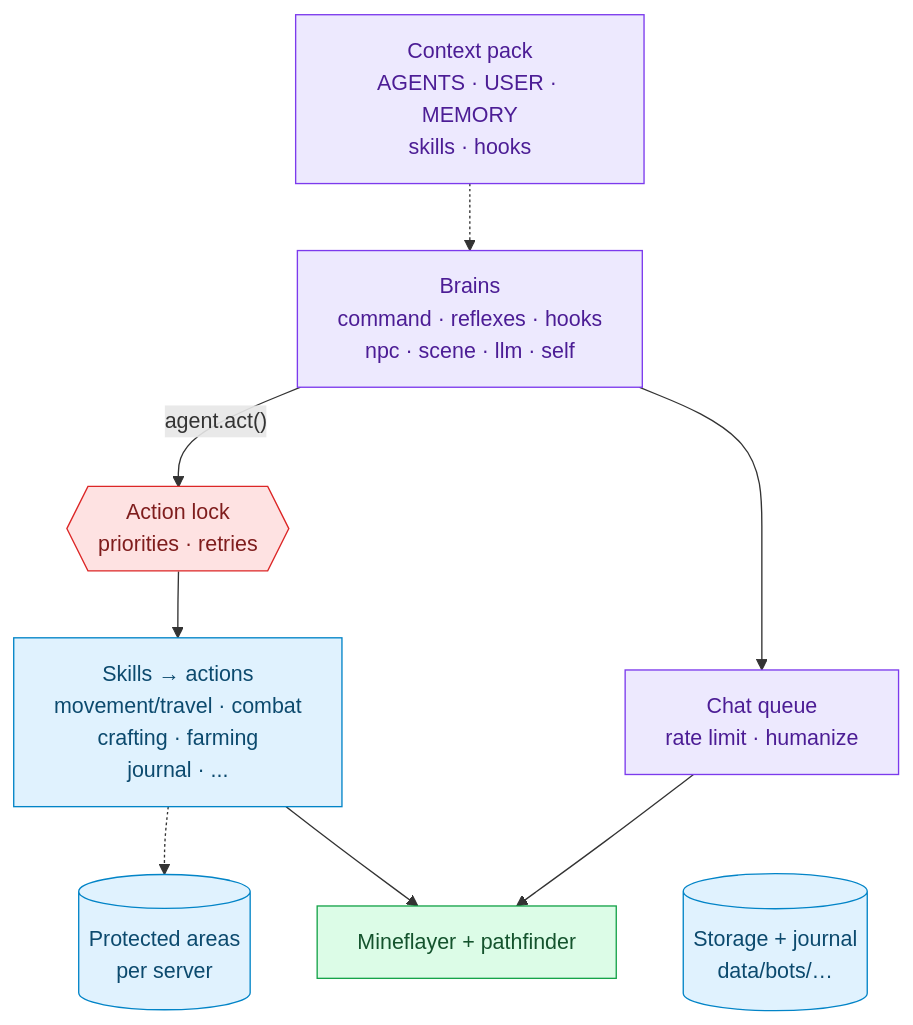
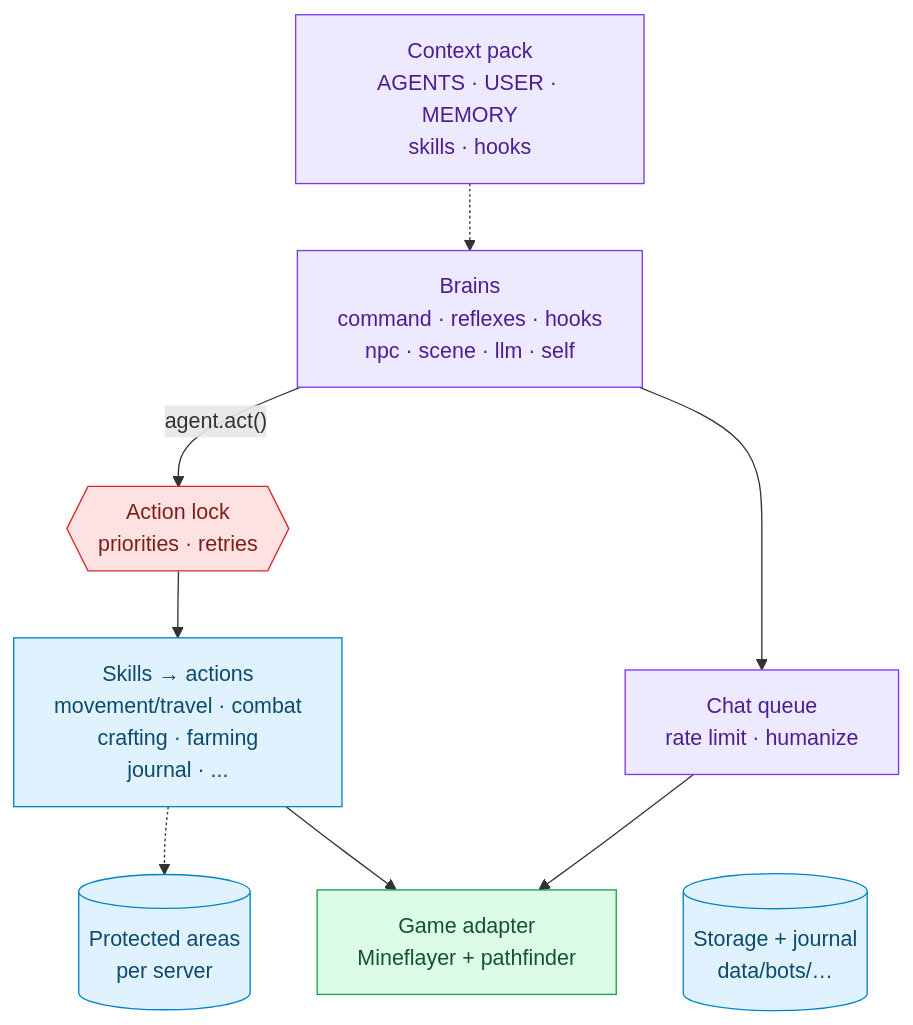
The second of 4 diagrams in docs/concepts/architecture.md (thereisnotime/golemkit), drawn with Mermaid before and after one commit. The commit also changed other lines of this file and 8 other files, not shown here.

First line of the commit message:
Docs for the adapter split: adapters page, scope counts, architecture, roadmap

````diff
--- a/docs/concepts/architecture.md
+++ b/docs/concepts/architecture.md
@@ -46,23 +47,23 @@
 ```mermaid
 flowchart TB
   CTX["Context pack<br/>AGENTS · USER · MEMORY<br/>skills · hooks"]
   CTX -.-> BR["Brains<br/>command · reflexes · hooks<br/>npc · scene · llm · self"]
   BR -->|"agent.act()"| LOCK{{"Action lock<br/>priorities · retries"}}
   BR --> CHAT["Chat queue<br/>rate limit · humanize"]
   LOCK --> SK["Skills → actions<br/>movement/travel · combat<br/>crafting · farming<br/>journal · ..."]
   SK -.-> PA[("Protected areas<br/>per server")]
   ST[("Storage + journal<br/>data/bots/…")]
   CHAT ~~~ ST
-  SK --> MF["Mineflayer + pathfinder"]
+  SK --> MF["Game adapter<br/>Mineflayer + pathfinder"]
   CHAT --> MF
   classDef run fill:#f1f5f9,stroke:#475569,color:#0f172a
   classDef brain fill:#ede9fe,stroke:#7c3aed,color:#4c1d95
   classDef lock fill:#fee2e2,stroke:#dc2626,color:#7f1d1d
   classDef skill fill:#e0f2fe,stroke:#0284c7,color:#0c4a6e
   classDef lib fill:#dcfce7,stroke:#16a34a,color:#14532d
   classDef ext fill:#fef3c7,stroke:#d97706,color:#78350f
   class BR,CHAT,CTX brain
   class LOCK lock
   class SK,ST,PA skill
   class MF lib
 ```
````
